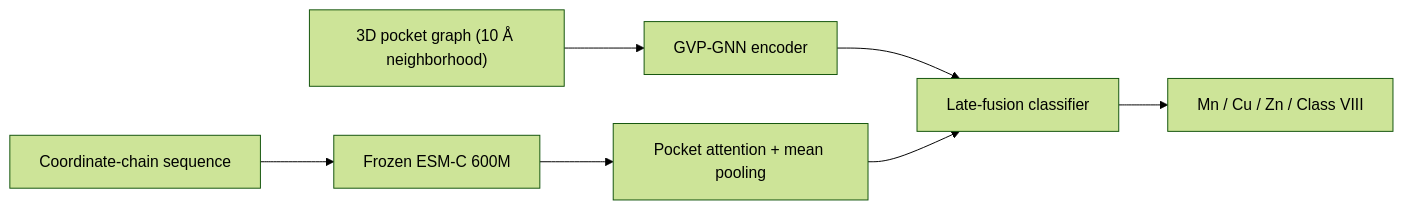
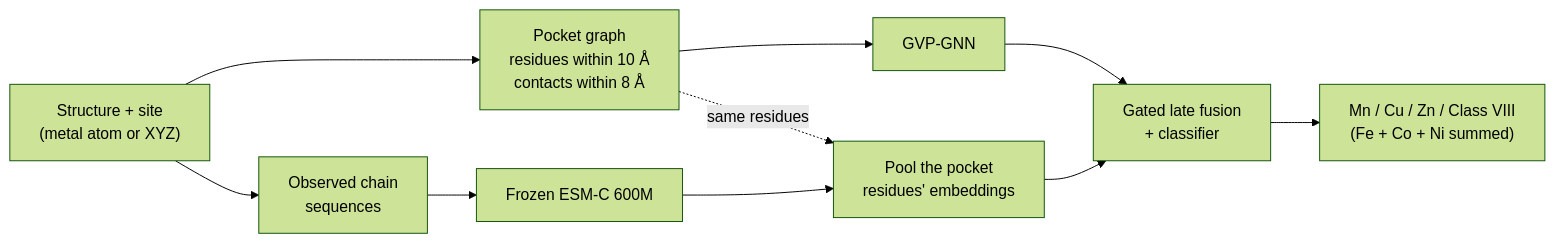
One commit to MECHTI1/DeepMzyme changed the diagram in README.md. Above: the diagram before and after it, drawn with Mermaid (forest theme). The commit also changed other lines of this file, not shown here.

````diff
--- a/README.md
+++ b/README.md
@@ -19,9 +25,12 @@
 ```mermaid
 flowchart LR
-    Pocket["3D pocket graph (10 Å neighborhood)"] --> GVP["GVP-GNN encoder"]
-    Seq["Coordinate-chain sequence"] --> ESM["Frozen ESM-C 600M"]
-    ESM --> Pool["Pocket attention + mean pooling"]
-    GVP --> Fusion["Late-fusion classifier"]
+    Input["Structure + site<br/>(metal atom or XYZ)"] --> Pocket["Pocket graph<br/>residues within 10 Å<br/>contacts within 8 Å"]
+    Input --> Seq["Observed chain<br/>sequences"]
+    Pocket --> GVP["GVP-GNN"]
+    Seq --> ESM["Frozen ESM-C 600M"]
+    ESM --> Pool["Pool the pocket<br/>residues' embeddings"]
+    Pocket -. same residues .-> Pool
+    GVP --> Fusion["Gated late fusion<br/>+ classifier"]
     Pool --> Fusion
-    Fusion --> Metal["Mn / Cu / Zn / Class VIII"]
+    Fusion --> Out["Mn / Cu / Zn / Class VIII<br/>(Fe + Co + Ni summed)"]
 ```
````
